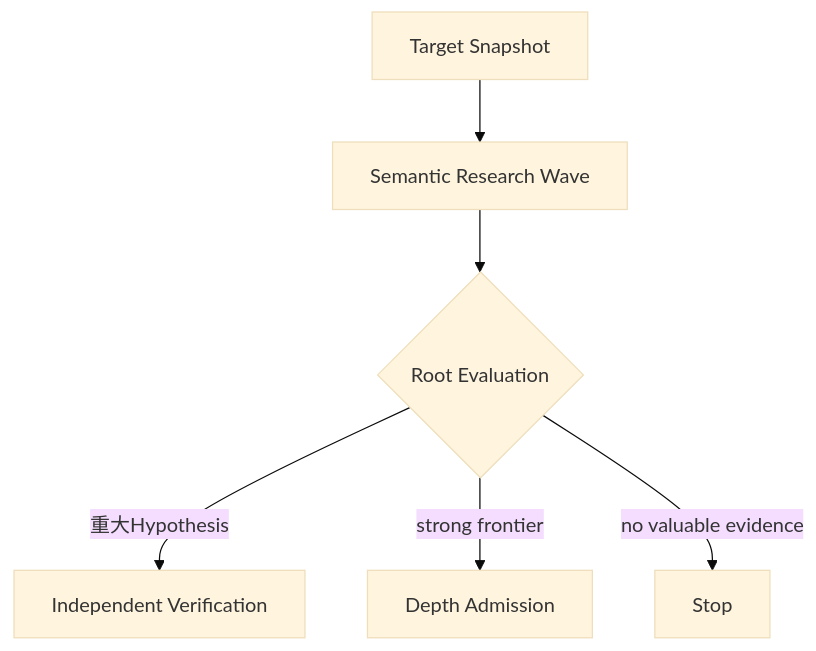
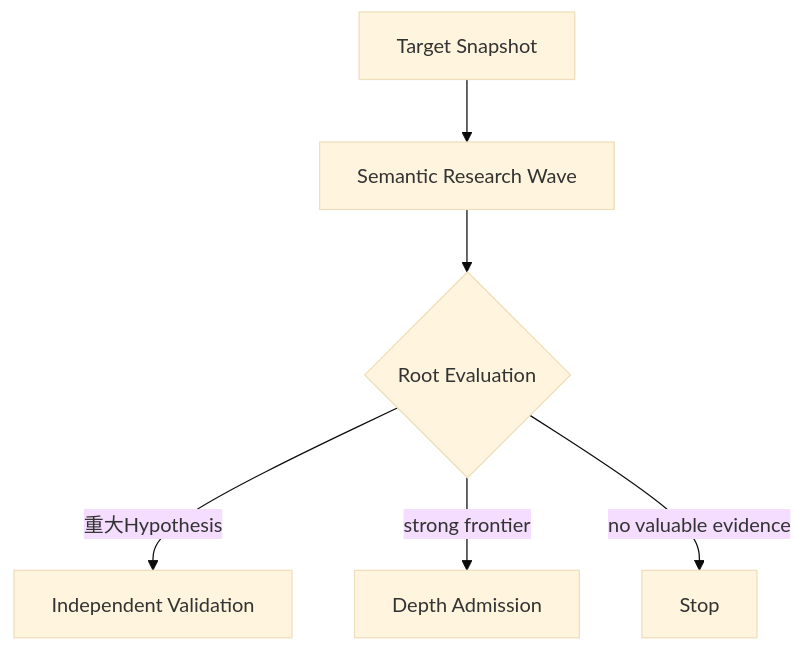
Before and after one commit to momoponwork1415-lgtm/wordpress-harness: the first of 2 diagrams in docs/design/architecture/breadth-depth-research-loop.md, drawn with Mermaid (base theme). The commit also changed other lines of this file and 25 other files, not shown here.

Commit message:
Define source validation and human verification

````diff
--- a/docs/design/architecture/breadth-depth-research-loop.md
+++ b/docs/design/architecture/breadth-depth-research-loop.md
@@ -9,7 +9,7 @@
 ```mermaid
 flowchart TB
     target["Target Snapshot"] --> semantic["Semantic Research Wave"] --> decision{"Root Evaluation"}
-    decision -->|"重大Hypothesis"| verify["Independent Verification"]
+    decision -->|"重大Hypothesis"| validate["Independent Validation"]
     decision -->|"strong frontier"| depth["Depth Admission"]
     decision -->|"no valuable evidence"| stop["Stop"]
 ```
````
